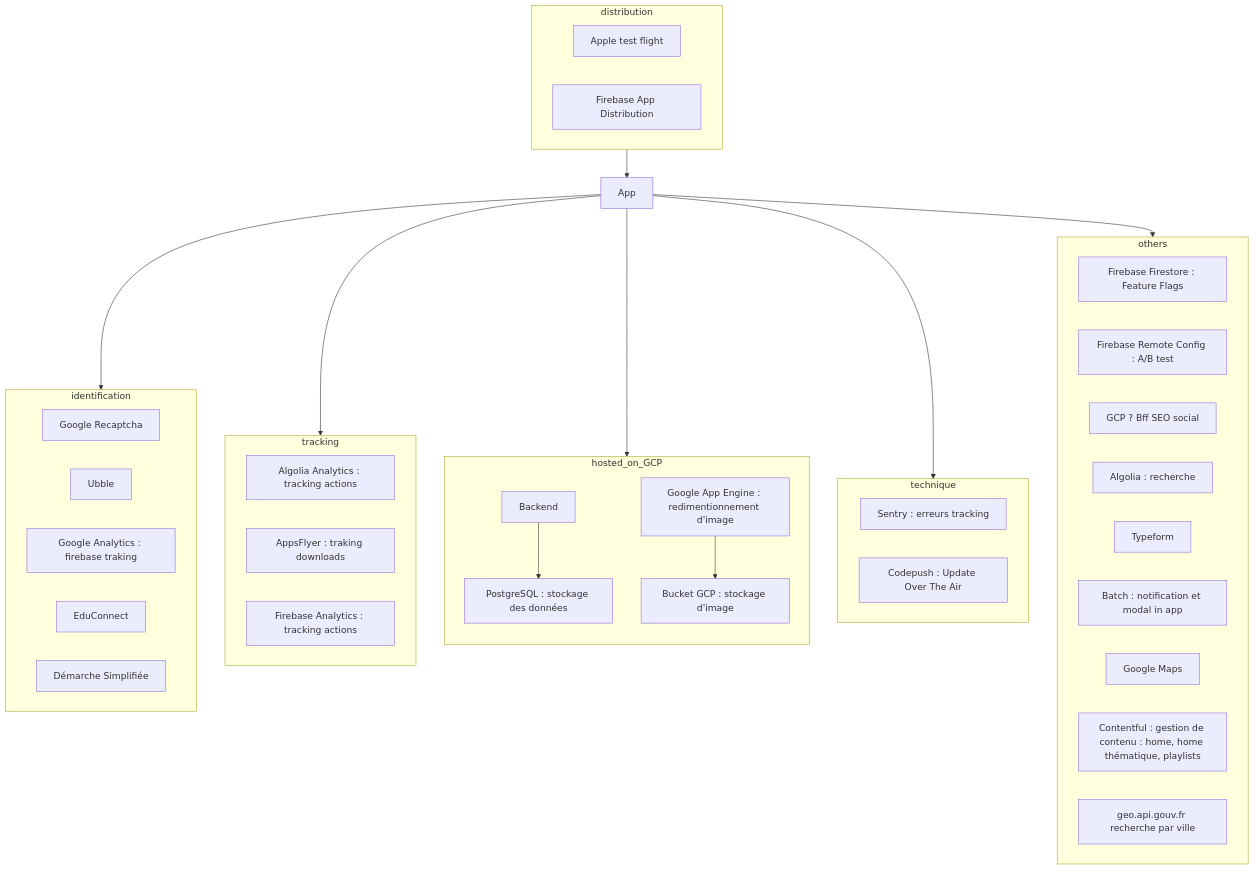
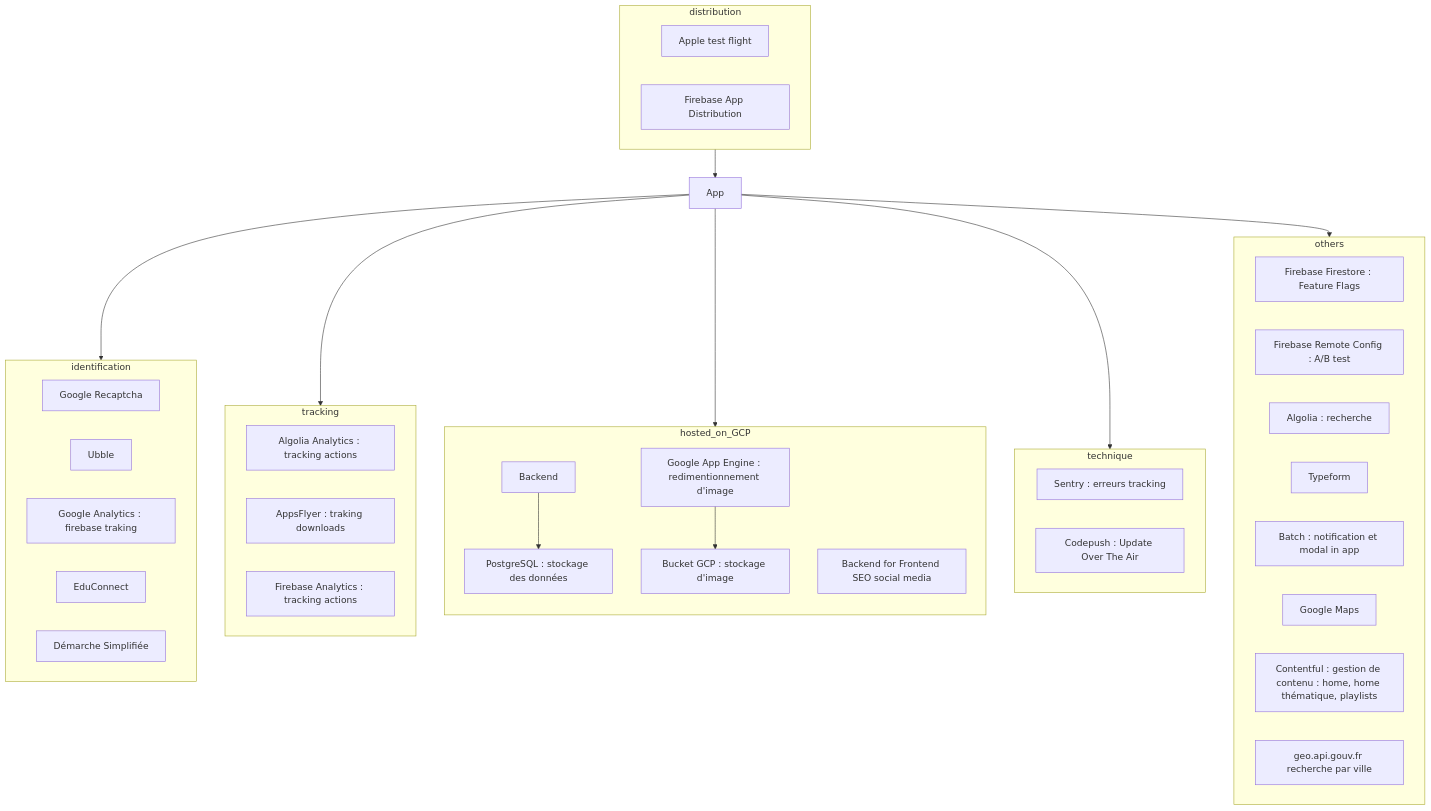
Before and after one commit to pass-culture/pass-culture-app-native: the first of 2 diagrams in doc/architecture/input-output-externe.md, drawn with Mermaid. The commit also changed other lines of this file, not shown here.

````diff
--- a/doc/architecture/input-output-externe.md
+++ b/doc/architecture/input-output-externe.md
@@ -3,44 +3,44 @@
 ```mermaid
 flowchart TB
   App["App"]
   subgraph identification
     Google_Recaptcha["Google Recaptcha"]
     Ubble["Ubble"]
     Google["Google SSO"]
     Educonnect["EduConnect"]
     DMS["Démarche Simplifiée"]
   end
   subgraph tracking
     Algolia_Analytics["Algolia Analytics : tracking actions"]
     AppsFlyer["AppsFlyer : traking downloads"]
     Firebase_Analytics["Firebase Analytics : tracking actions"]
   end
   subgraph hosted_on_GCP
     direction TB
 
     Backend["Backend"] --> Postgresql["PostgreSQL : stockage des données"]
     image_resize["Google App Engine : redimentionnement d'image"] --> bucket_image["Bucket GCP : stockage d'image"]
+    Backend_for_Frontend["Backend for Frontend SEO social media"]
   end
   subgraph technique
     Sentry["Sentry : erreurs tracking"]
     Codepush["Codepush : Update Over The Air"]
   end
   subgraph distribution
     Apple["Apple test flight"]
     Firebase_App_Distribution["Firebase App Distribution"]
   end
   subgraph others
     Firebase_Firestore["Firebase Firestore : Feature Flags"]
     Firebase_Remote_Config["Firebase Remote Config : A/B test"]
     Google["Google Analytics : firebase traking"]
-    GCP["GCP ? Bff SEO social"]
     Algolia["Algolia : recherche"]
     Typeform["Typeform"]
     Batch["Batch : notification et modal in app"]
     Google_Maps["Google Maps"]
     Contentful["Contentful : gestion de contenu : home, home thématique, playlists"]
     geo_api_gouv["geo.api.gouv.fr recherche par ville"]
   end
   distribution --> App
   App --> identification & tracking & hosted_on_GCP & technique & others
 ```
````
